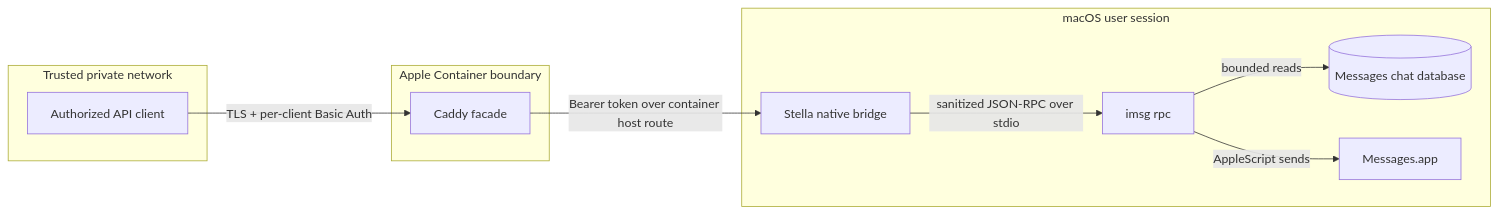
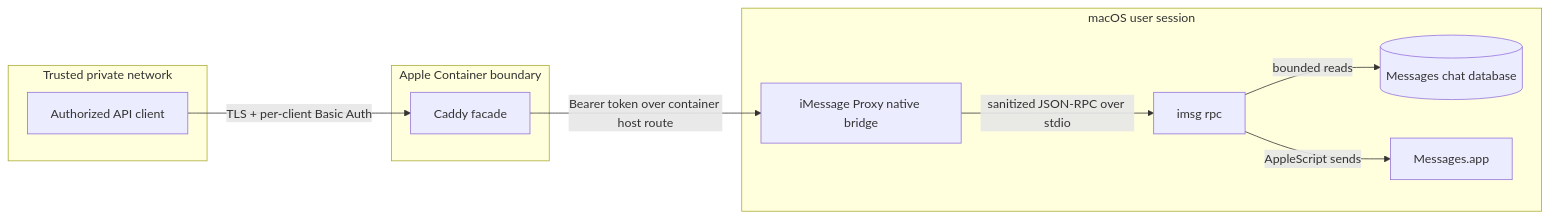
Before and after one commit to mglaeser/imessage-proxy: the diagram in docs/architecture.md, drawn with Mermaid. The commit also changed other lines of this file and 34 other files, not shown here.

Commit message:
feat!: rename project to iMessage Proxy

````diff
--- a/docs/architecture.md
+++ b/docs/architecture.md
@@ -23,23 +23,23 @@
 ```mermaid
 flowchart LR
     subgraph private["Trusted private network"]
         client["Authorized API client"]
     end
 
     subgraph container["Apple Container boundary"]
         caddy["Caddy facade"]
     end
 
     subgraph mac["macOS user session"]
-        bridge["Stella native bridge"]
+        bridge["iMessage Proxy native bridge"]
         imsg["imsg rpc"]
         db[("Messages chat database")]
         app["Messages.app"]
     end
 
     client -->|"TLS + per-client Basic Auth"| caddy
     caddy -->|"Bearer token over container host route"| bridge
     bridge -->|"sanitized JSON-RPC over stdio"| imsg
     imsg -->|"bounded reads"| db
     imsg -->|"AppleScript sends"| app
 ```
````
